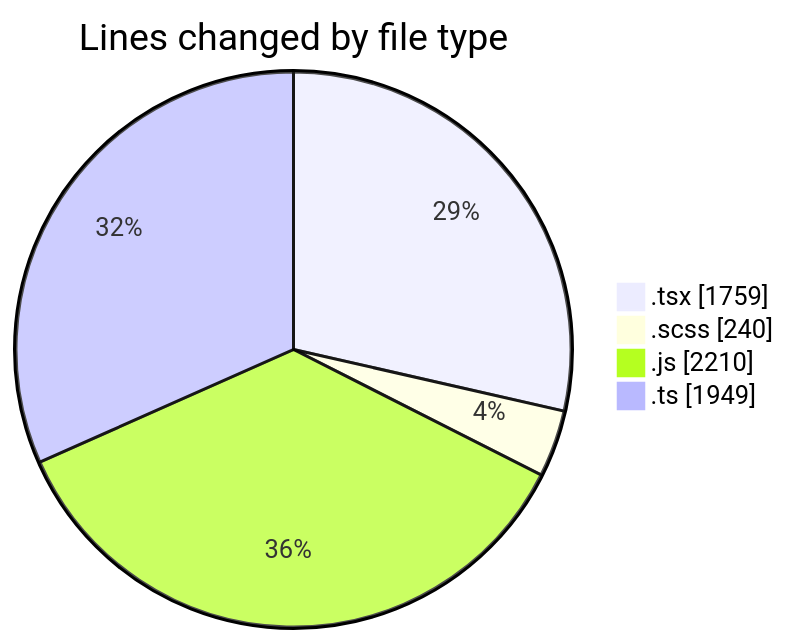
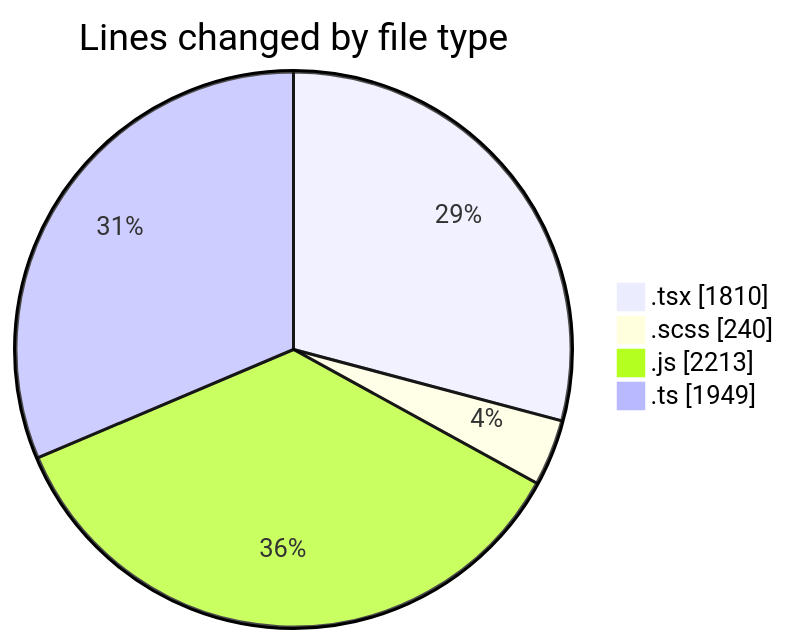
One commit to momahboobian/code-tracking changed the first of 2 diagrams in 2026-06-17/cda/README.md. Above: the diagram before and after it, drawn with Mermaid. The commit also changed other lines of this file and 1 other file, not shown here.

````diff
--- a/2026-06-17/cda/README.md
+++ b/2026-06-17/cda/README.md
@@ -49,8 +49,8 @@
 ```mermaid
 pie showData
 title Lines changed by file type
-".tsx" : 1759
+".tsx" : 1810
 ".scss" : 240
-".js" : 2210
+".js" : 2213
 ".ts" : 1949
 ```
````
